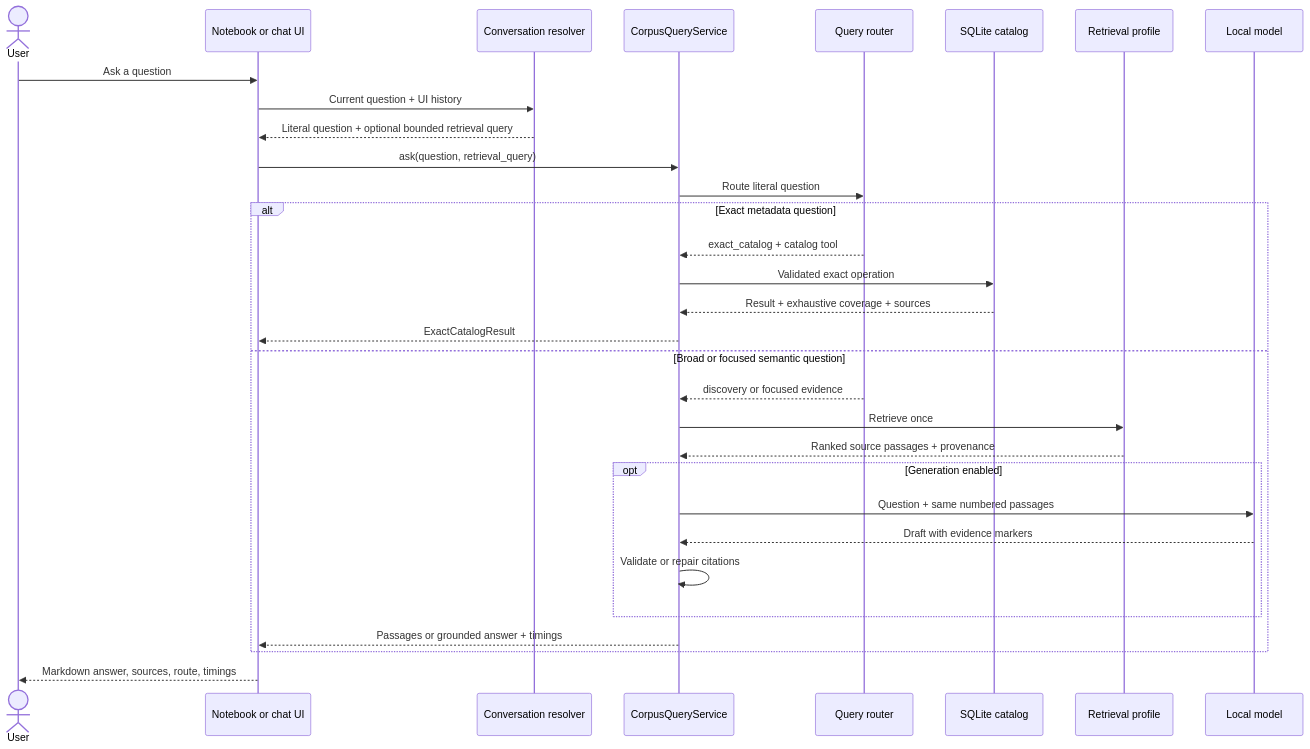
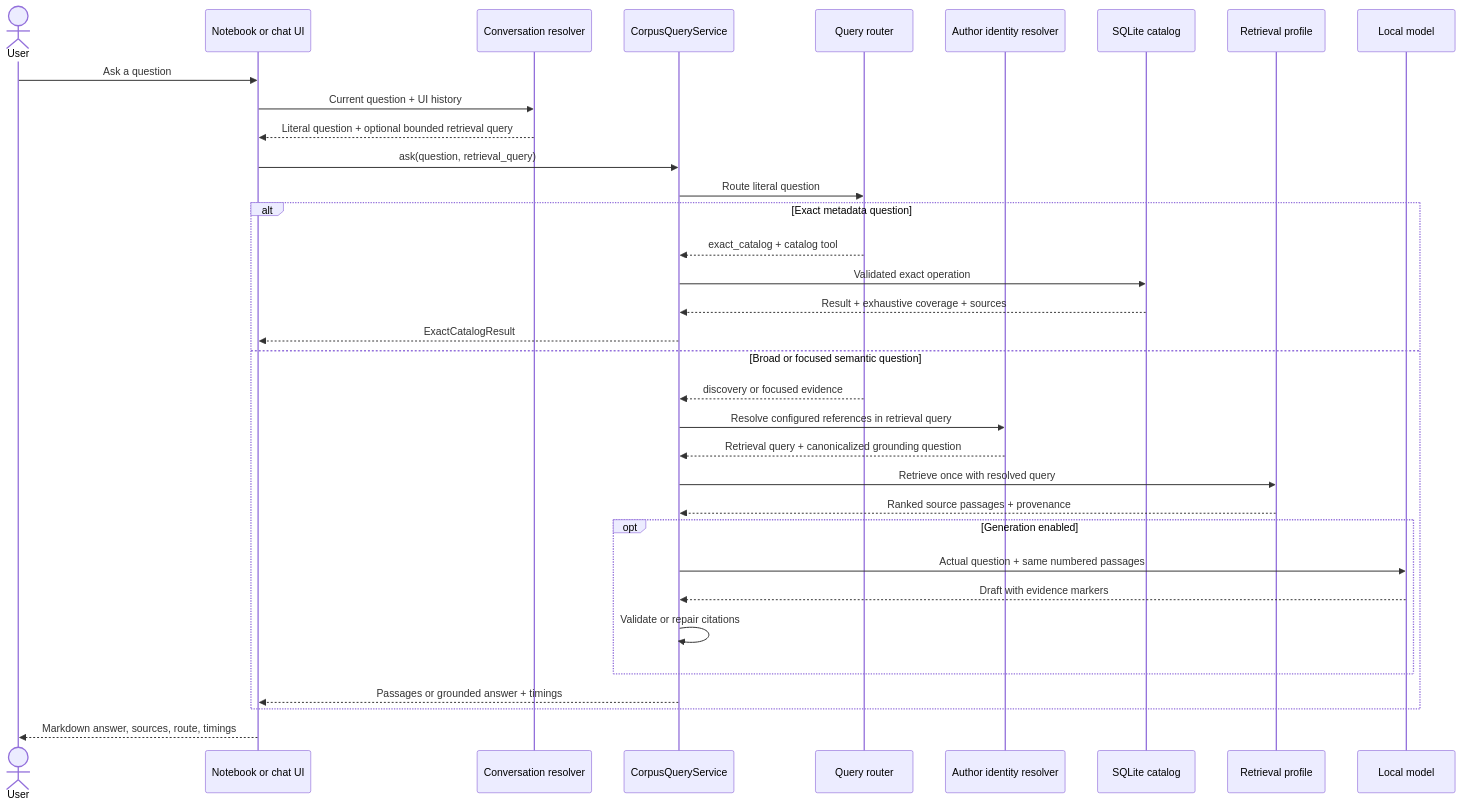
The fourth of 5 diagrams in docs/architecture.md (BrentWilkins/author-corpus-rag), drawn with Mermaid before and after one commit. The commit also changed other lines of this file and 15 other files, not shown here.

Commit message:
Add conservative author identity resolution

````diff
--- a/docs/architecture.md
+++ b/docs/architecture.md
@@ -155,36 +165,39 @@
 ```mermaid
 sequenceDiagram
     actor User
     participant UI as Notebook or chat UI
     participant Context as Conversation resolver
     participant Service as CorpusQueryService
     participant Router as Query router
+    participant Identity as Author identity resolver
     participant Catalog as SQLite catalog
     participant Search as Retrieval profile
     participant Model as Local model
 
     User->>UI: Ask a question
     UI->>Context: Current question + UI history
     Context-->>UI: Literal question + optional bounded retrieval query
     UI->>Service: ask(question, retrieval_query)
     Service->>Router: Route literal question
 
     alt Exact metadata question
         Router-->>Service: exact_catalog + catalog tool
         Service->>Catalog: Validated exact operation
         Catalog-->>Service: Result + exhaustive coverage + sources
         Service-->>UI: ExactCatalogResult
     else Broad or focused semantic question
         Router-->>Service: discovery or focused evidence
-        Service->>Search: Retrieve once
+        Service->>Identity: Resolve configured references in retrieval query
+        Identity-->>Service: Retrieval query + canonicalized grounding question
+        Service->>Search: Retrieve once with resolved query
         Search-->>Service: Ranked source passages + provenance
         opt Generation enabled
-            Service->>Model: Question + same numbered passages
+            Service->>Model: Actual question + same numbered passages
             Model-->>Service: Draft with evidence markers
             Service->>Service: Validate or repair citations
         end
         Service-->>UI: Passages or grounded answer + timings
     end
 
     UI-->>User: Markdown answer, sources, route, timings
 ```
````
